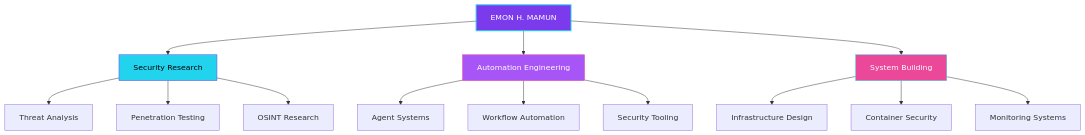
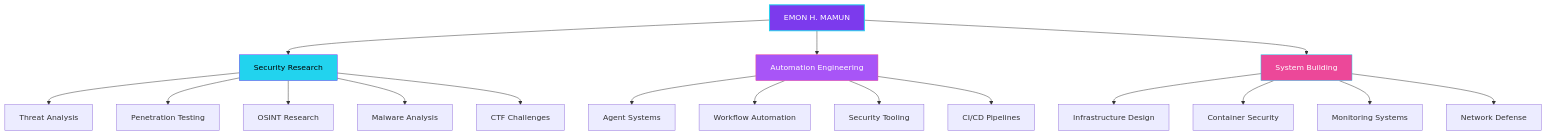
One commit to emonhmamun/emonhmamun changed the diagram in README.md. Above: the diagram before and after it, drawn with Mermaid. The commit also changed other lines of this file, not shown here.

````diff
--- a/README.md
+++ b/README.md
@@ -126,19 +227,23 @@
 ```mermaid
 graph TD
     A[EMON H. MAMUN] --> B[Security Research]
     A --> C[Automation Engineering]
     A --> D[System Building]
     B --> B1[Threat Analysis]
     B --> B2[Penetration Testing]
     B --> B3[OSINT Research]
+    B --> B4[Malware Analysis]
+    B --> B5[CTF Challenges]
     C --> C1[Agent Systems]
     C --> C2[Workflow Automation]
     C --> C3[Security Tooling]
+    C --> C4[CI/CD Pipelines]
     D --> D1[Infrastructure Design]
     D --> D2[Container Security]
     D --> D3[Monitoring Systems]
+    D --> D4[Network Defense]
     style A fill:#7C3AED,stroke:#22D3EE,color:#fff,stroke-width:2px
     style B fill:#22D3EE,stroke:#7C3AED,color:#000
     style C fill:#A855F7,stroke:#EC4899,color:#fff
     style D fill:#EC4899,stroke:#22D3EE,color:#fff
 ```
````
